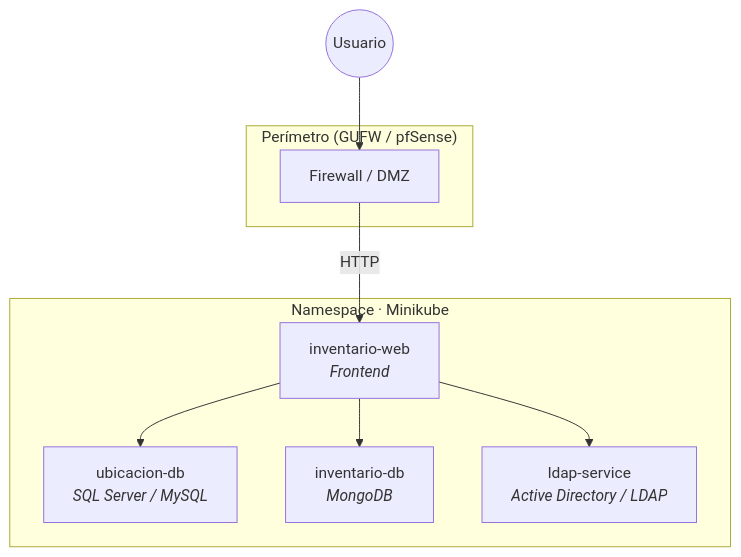
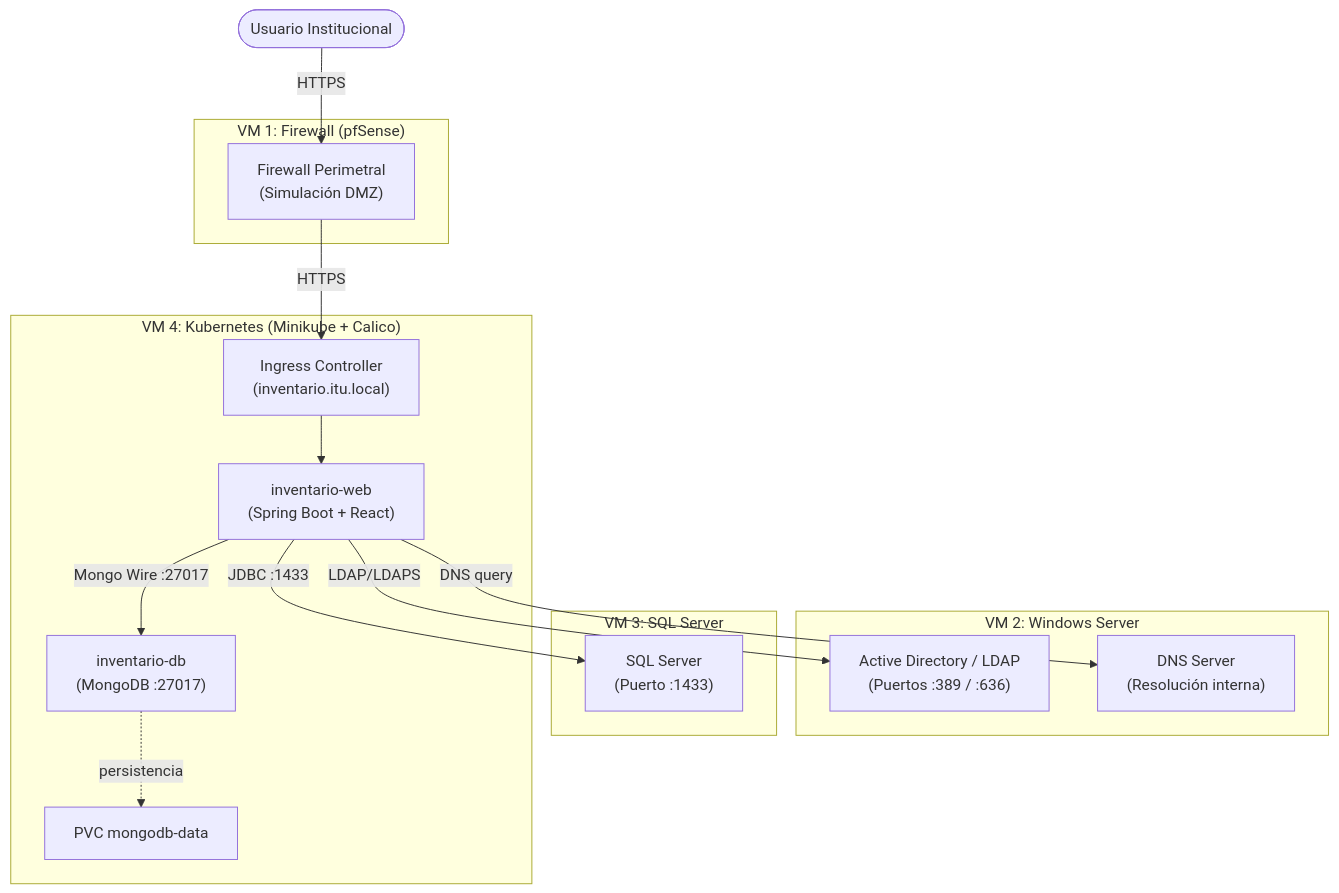
The diagram in README.md (juanmahumeniuk/egi-inventario-seguro), drawn with Mermaid before and after one commit. The commit also changed other lines of this file and 4 other files, not shown here.

First line of the commit message:
docs: update system architecture and topology diagrams in README and reports

````diff
--- a/README.md
+++ b/README.md
@@ -32,19 +34,33 @@
 ```mermaid
 flowchart TB
-    subgraph Perimetro["Perímetro (GUFW / pfSense)"]
-        FW[Firewall / DMZ]
+    U([Usuario Institucional])
+
+    subgraph VM1["VM 1: Firewall (pfSense)"]
+        FW["Firewall Perimetral<br/>(Simulación DMZ)"]
     end
 
-    subgraph K8s["Namespace · Minikube"]
-        WEB["inventario-web<br/><i>Frontend</i>"]
-        SQL["ubicacion-db<br/><i>SQL Server / MySQL</i>"]
-        MONGO["inventario-db<br/><i>MongoDB</i>"]
-        LDAP["ldap-service<br/><i>Active Directory / LDAP</i>"]
+    subgraph VM2["VM 2: Windows Server"]
+        AD["Active Directory / LDAP<br/>(Puertos :389 / :636)"]
+        DNS["DNS Server<br/>(Resolución interna)"]
     end
 
-    USER((Usuario)) --> FW
-    FW -->|HTTP| WEB
-    WEB --> SQL
-    WEB --> MONGO
-    WEB --> LDAP
+    subgraph VM3["VM 3: SQL Server"]
+        SQL["SQL Server<br/>(Puerto :1433)"]
+    end
+
+    subgraph VM4["VM 4: Kubernetes (Minikube + Calico)"]
+        IC["Ingress Controller<br/>(inventario.itu.local)"]
+        FE["inventario-web<br/>(Spring Boot + React)"]
+        MONGO["inventario-db<br/>(MongoDB :27017)"]
+        PV2["PVC mongodb-data"]
+    end
+
+    U -->|HTTPS| FW
+    FW -->|HTTPS| IC
+    IC --> FE
+    FE -->|LDAP/LDAPS| AD
+    FE -->|DNS query| DNS
+    FE -->|JDBC :1433| SQL
+    FE -->|Mongo Wire :27017| MONGO
+    MONGO -.->|persistencia| PV2
 ```
````
